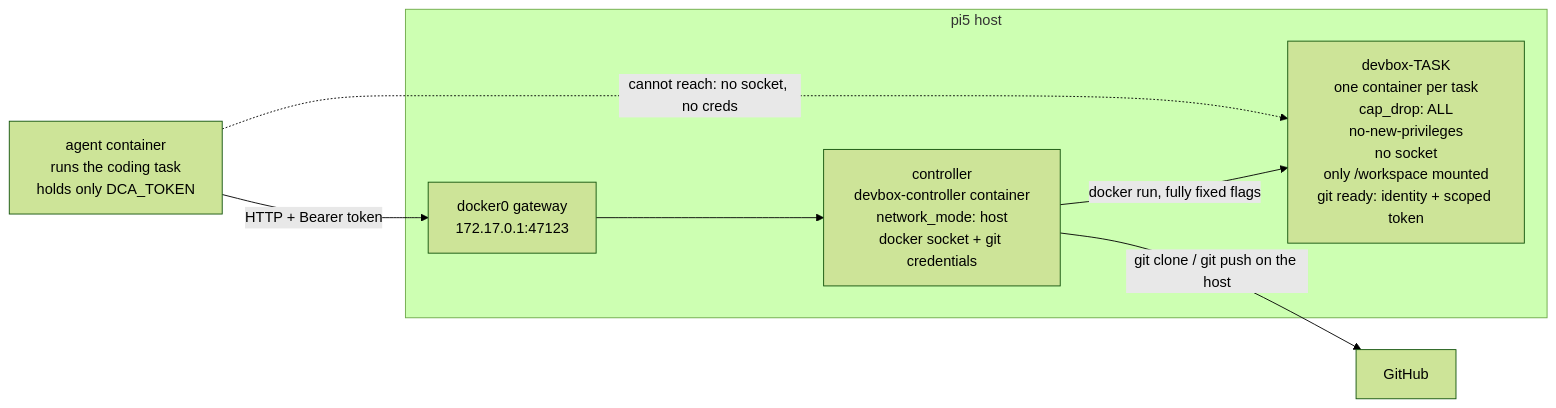
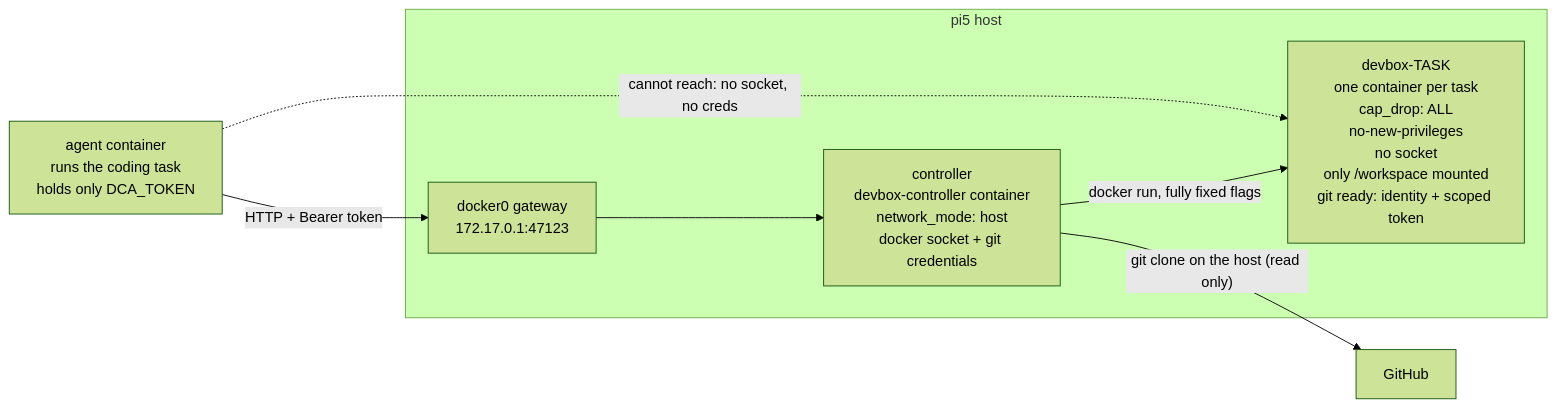
The first of 2 diagrams in README.md (sysnapse/devbox-controller), drawn with Mermaid (forest theme) before and after one commit. The commit also changed other lines of this file, not shown here.

Commit message:
feat(controller)!: drop dc push; pushing happens inside the devbox with the agent's own token :: README.md

````diff
--- a/README.md
+++ b/README.md
@@ -7,16 +7,16 @@
 ```mermaid
 flowchart LR
     agent["agent container<br/>runs the coding task<br/>holds only DCA_TOKEN"]
     subgraph host["pi5 host"]
         gw["docker0 gateway<br/>172.17.0.1:47123"]
         ctrl["controller<br/>devbox-controller container<br/>network_mode: host<br/>docker socket + git credentials"]
         dbx["devbox-TASK<br/>one container per task<br/>cap_drop: ALL<br/>no-new-privileges<br/>no socket<br/>only /workspace mounted<br/>git ready: identity + scoped token"]
     end
     gh["GitHub"]
 
     agent -- "HTTP + Bearer token" --> gw
     gw --> ctrl
     ctrl -- "docker run, fully fixed flags" --> dbx
-    ctrl -- "git clone / git push on the host" --> gh
+    ctrl -- "git clone on the host (read only)" --> gh
     agent -. "cannot reach: no socket, no creds" .-> dbx
 ```
````
